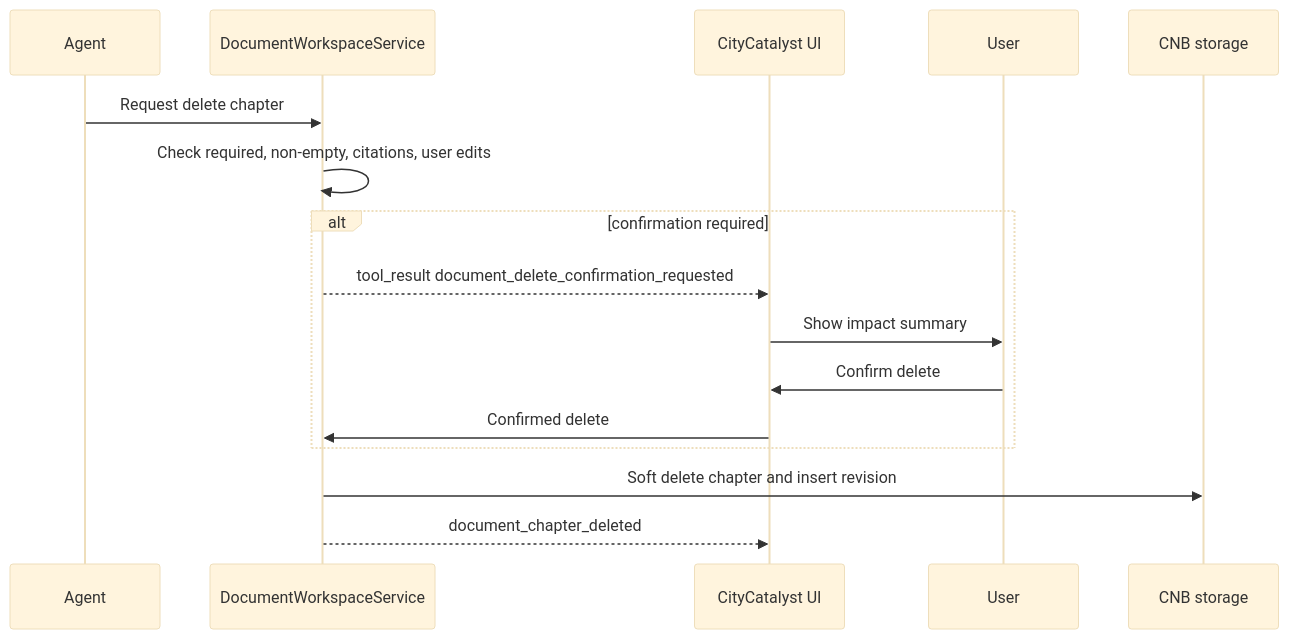
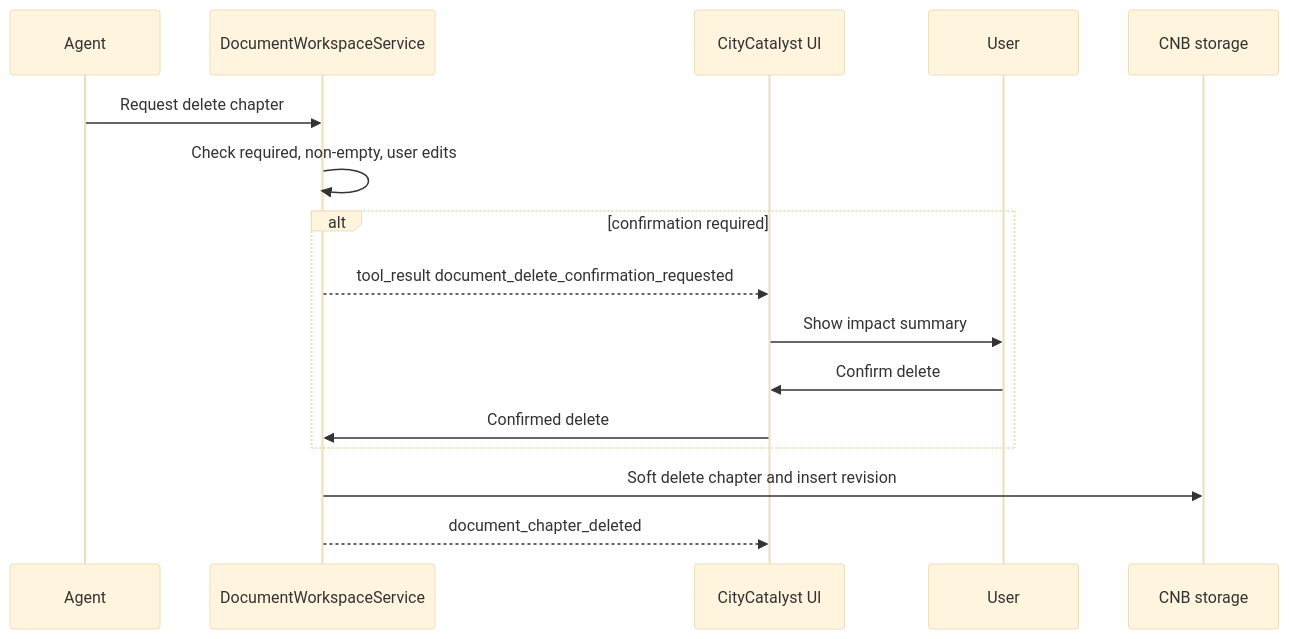
One commit to Open-Earth-Foundation/CityCatalyst changed diagram 11 of 13 in docs/ConceptNoteBuilderArchitecture.md. Above: the diagram before and after it, drawn with Mermaid (base theme). The commit also changed other lines of this file, not shown here.

Commit message:
docs: clarify document workspace flow

````diff
--- a/docs/ConceptNoteBuilderArchitecture.md
+++ b/docs/ConceptNoteBuilderArchitecture.md
@@ -1278,19 +1292,19 @@
 ```mermaid
 sequenceDiagram
     participant Agent
     participant Doc as DocumentWorkspaceService
     participant UI as CityCatalyst UI
     participant User
     participant DB as CNB storage
 
     Agent->>Doc: Request delete chapter
-    Doc->>Doc: Check required, non-empty, citations, user edits
+    Doc->>Doc: Check required, non-empty, user edits
     alt confirmation required
         Doc-->>UI: tool_result document_delete_confirmation_requested
         UI->>User: Show impact summary
         User->>UI: Confirm delete
         UI->>Doc: Confirmed delete
     end
     Doc->>DB: Soft delete chapter and insert revision
     Doc-->>UI: document_chapter_deleted
 ```
````
